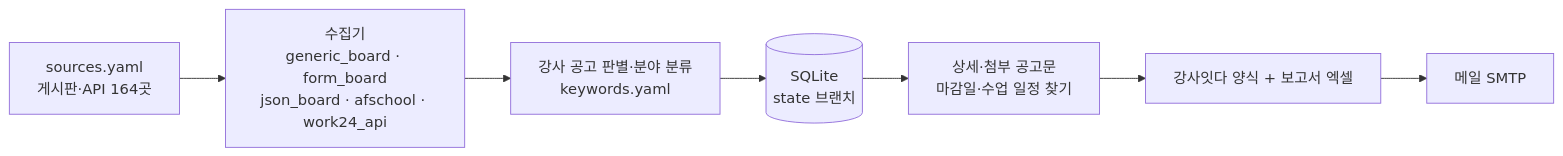
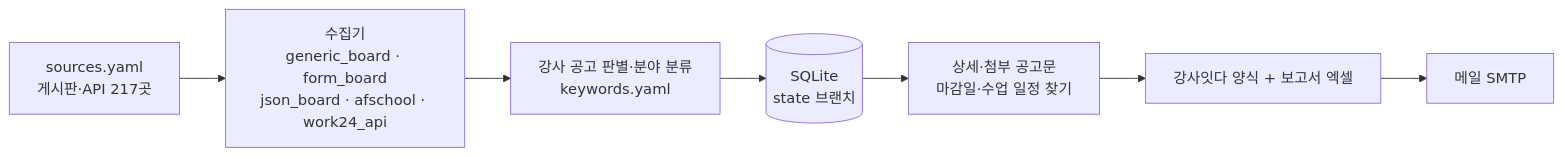
The diagram in docs/DESIGN.md (thskal17-sudo/busan-school-company), drawn with Mermaid before and after one commit. The commit also changed other lines of this file and 12 other files, not shown here.

````diff
--- a/docs/DESIGN.md
+++ b/docs/DESIGN.md
@@ -29,9 +29,9 @@
 ```mermaid
 flowchart LR
-    S[sources.yaml<br/>게시판·API 164곳] --> C[수집기<br/>generic_board · form_board<br/>json_board · afschool · work24_api]
+    S[sources.yaml<br/>게시판·API 217곳] --> C[수집기<br/>generic_board · form_board<br/>json_board · afschool · work24_api]
     C --> F[강사 공고 판별·분야 분류<br/>keywords.yaml]
     F --> D[(SQLite<br/>state 브랜치)]
     D --> I[상세·첨부 공고문<br/>마감일·수업 일정 찾기]
     I --> X[강사잇다 양식 + 보고서 엑셀]
     X --> M[메일 SMTP]
 ```
````
